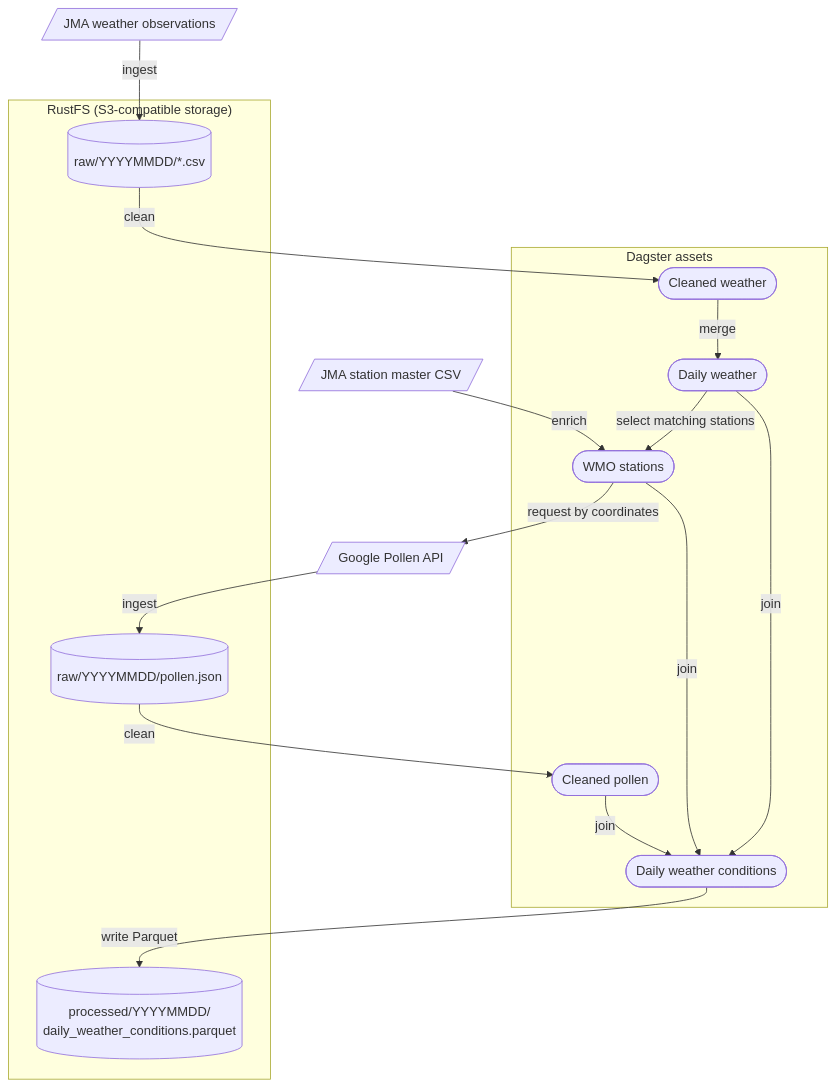
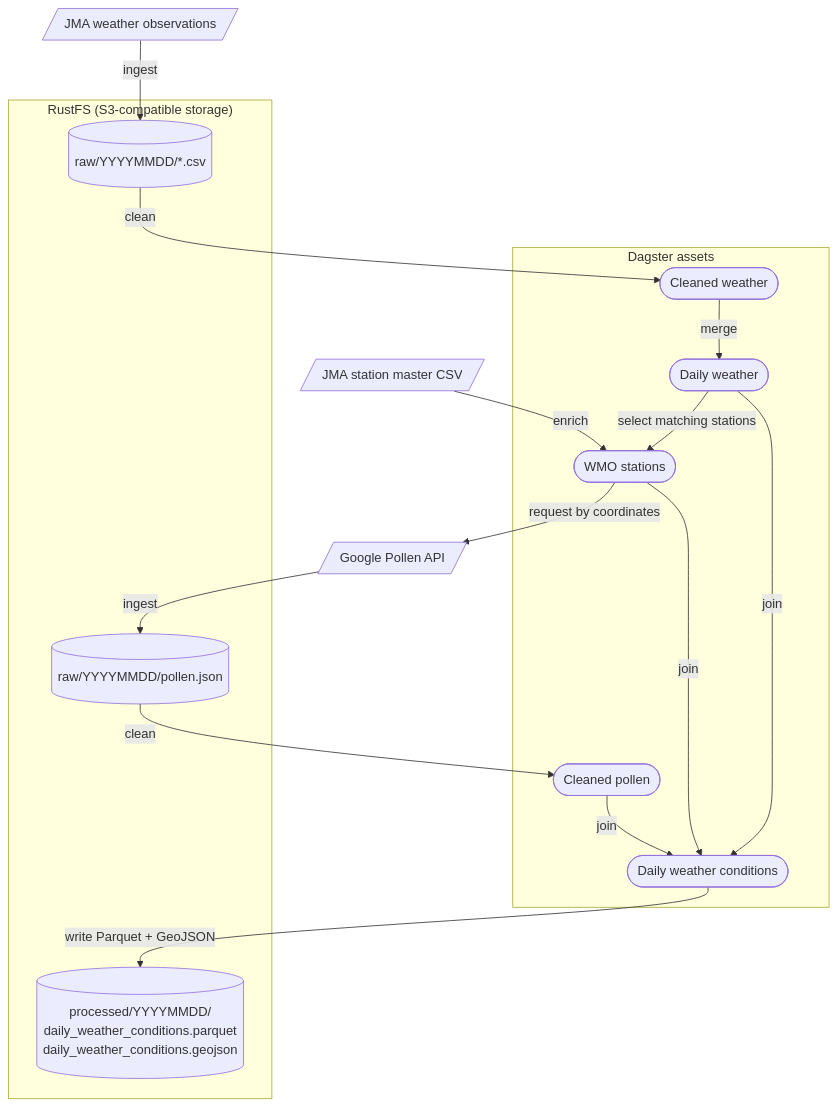
The diagram in README.md (spider-hand/jp-weather-etl), drawn with Mermaid before and after one commit. The commit also changed 3 other files, not shown here.

Commit message:
feat: save GeoJSON

````diff
--- a/README.md
+++ b/README.md
@@ -36,33 +36,33 @@
 ```mermaid
 flowchart TD
     jma_weather[/"JMA weather observations"/]
     station_master[/"JMA station master CSV"/]
     pollen_api[/"Google Pollen API"/]
 
     subgraph dagster["Dagster assets"]
         cleaned_weather(["Cleaned weather"])
         daily_weather(["Daily weather"])
         wmo_stations(["WMO stations"])
         cleaned_pollen(["Cleaned pollen"])
         daily_conditions(["Daily weather conditions"])
     end
 
     subgraph rustfs["RustFS (S3-compatible storage)"]
         raw_weather[("raw/YYYYMMDD/*.csv")]
         raw_pollen[("raw/YYYYMMDD/pollen.json")]
-        processed[("processed/YYYYMMDD/<br/>daily_weather_conditions.parquet")]
+        processed[("processed/YYYYMMDD/<br/>daily_weather_conditions.parquet<br/>daily_weather_conditions.geojson")]
     end
 
     jma_weather -->|ingest| raw_weather
     raw_weather -->|clean| cleaned_weather
     cleaned_weather -->|merge| daily_weather
     daily_weather -->|select matching stations| wmo_stations
     station_master -->|enrich| wmo_stations
     wmo_stations -->|request by coordinates| pollen_api
     pollen_api -->|ingest| raw_pollen
     raw_pollen -->|clean| cleaned_pollen
     daily_weather -->|join| daily_conditions
     wmo_stations -->|join| daily_conditions
     cleaned_pollen -->|join| daily_conditions
-    daily_conditions -->|write Parquet| processed
+    daily_conditions -->|write Parquet + GeoJSON| processed
 ```
````
